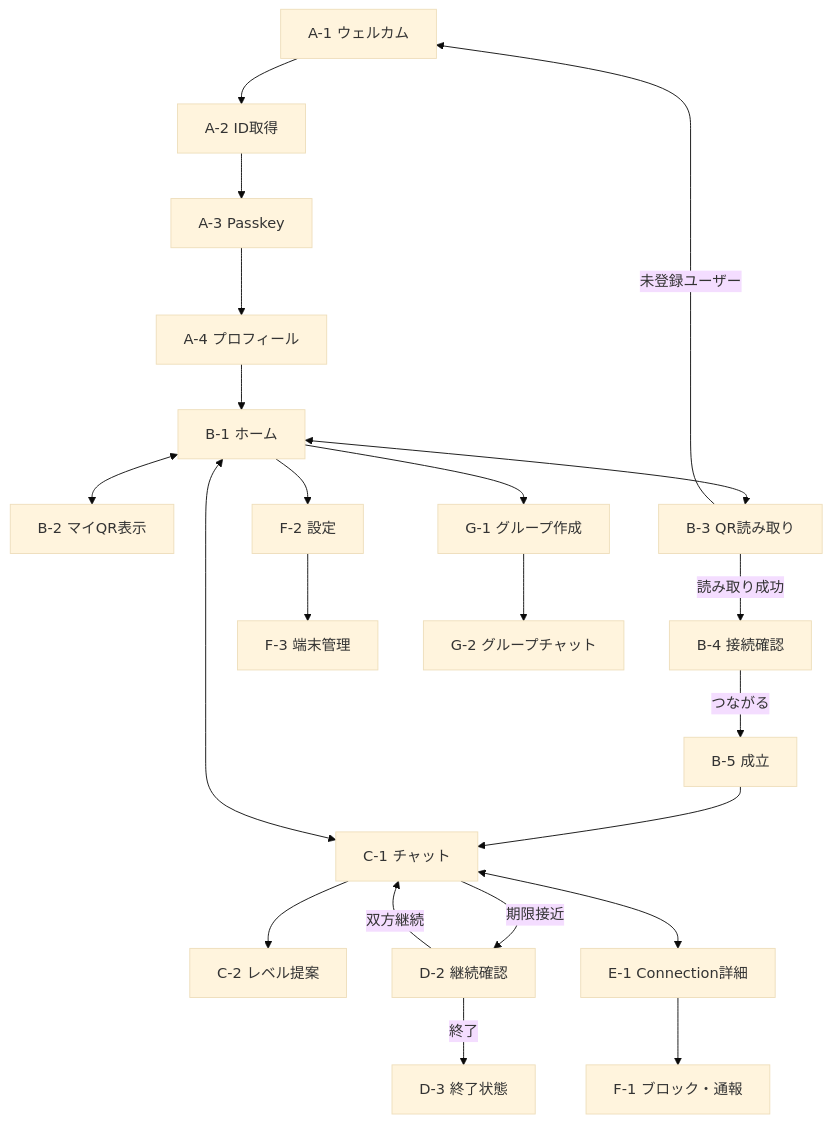
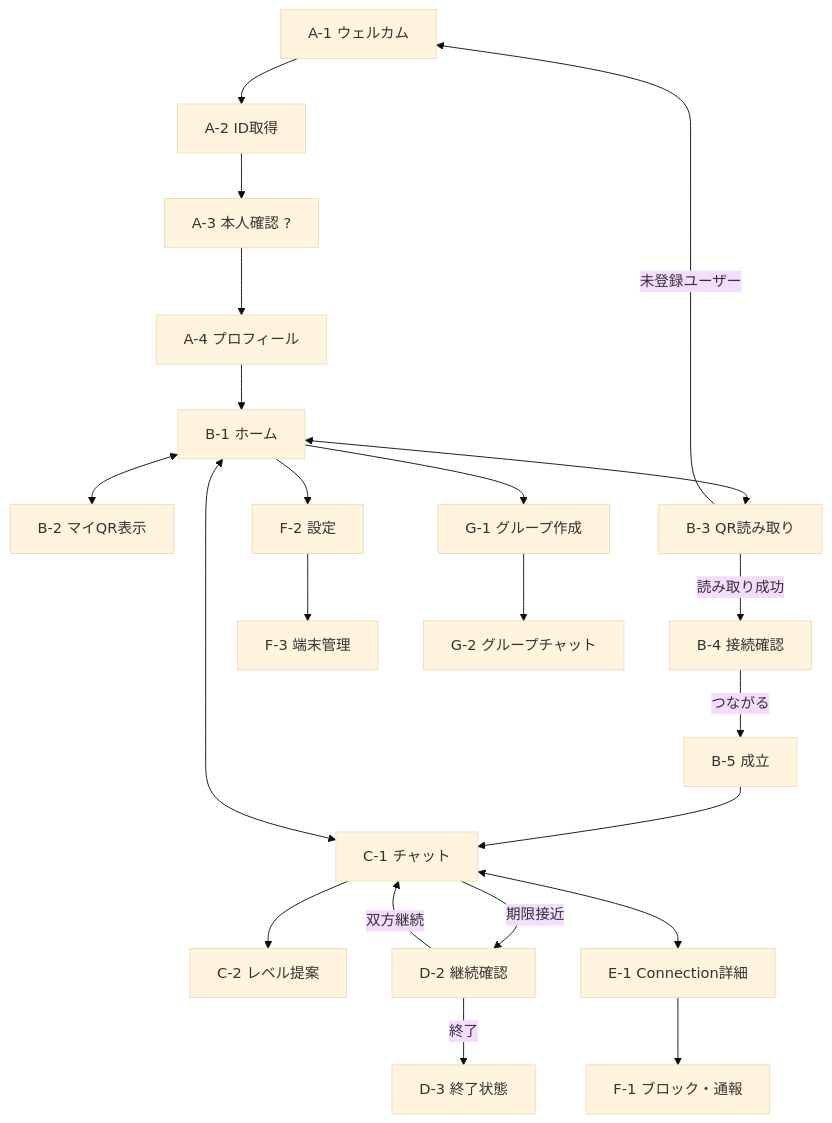
One commit to jibumato/PersonalLink changed the first of 2 diagrams in docs/01-screen-design.md. Above: the diagram before and after it, drawn with Mermaid (base theme). The commit also changed other lines of this file and 22 other files, not shown here.

````diff
--- a/docs/01-screen-design.md
+++ b/docs/01-screen-design.md
@@ -130,18 +151,18 @@
 ```mermaid
 flowchart TD
-    A1[A-1 ウェルカム] --> A2[A-2 ID取得] --> A3[A-3 Passkey] --> A4[A-4 プロフィール] --> B1[B-1 ホーム]
+    A1[A-1 ウェルカム] --> A2[A-2 ID取得] --> A3[A-3 本人確認 ?] --> A4[A-4 プロフィール] --> B1[B-1 ホーム]
     B1 <--> B2[B-2 マイQR表示]
     B1 <--> B3[B-3 QR読み取り]
     B3 -->|読み取り成功| B4[B-4 接続確認]
     B3 -->|未登録ユーザー| A1
     B4 -->|つながる| B5[B-5 成立] --> C1[C-1 チャット]
     B1 <--> C1
     C1 --> C2[C-2 レベル提案]
     C1 -->|期限接近| D2[D-2 継続確認]
     D2 -->|双方継続| C1
     D2 -->|終了| D3[D-3 終了状態]
     C1 <--> E1[E-1 Connection詳細]
     E1 --> F1[F-1 ブロック・通報]
     B1 --> F2[F-2 設定] --> F3[F-3 端末管理]
     B1 --> G1[G-1 グループ作成] --> G2[G-2 グループチャット]
 ```
````
